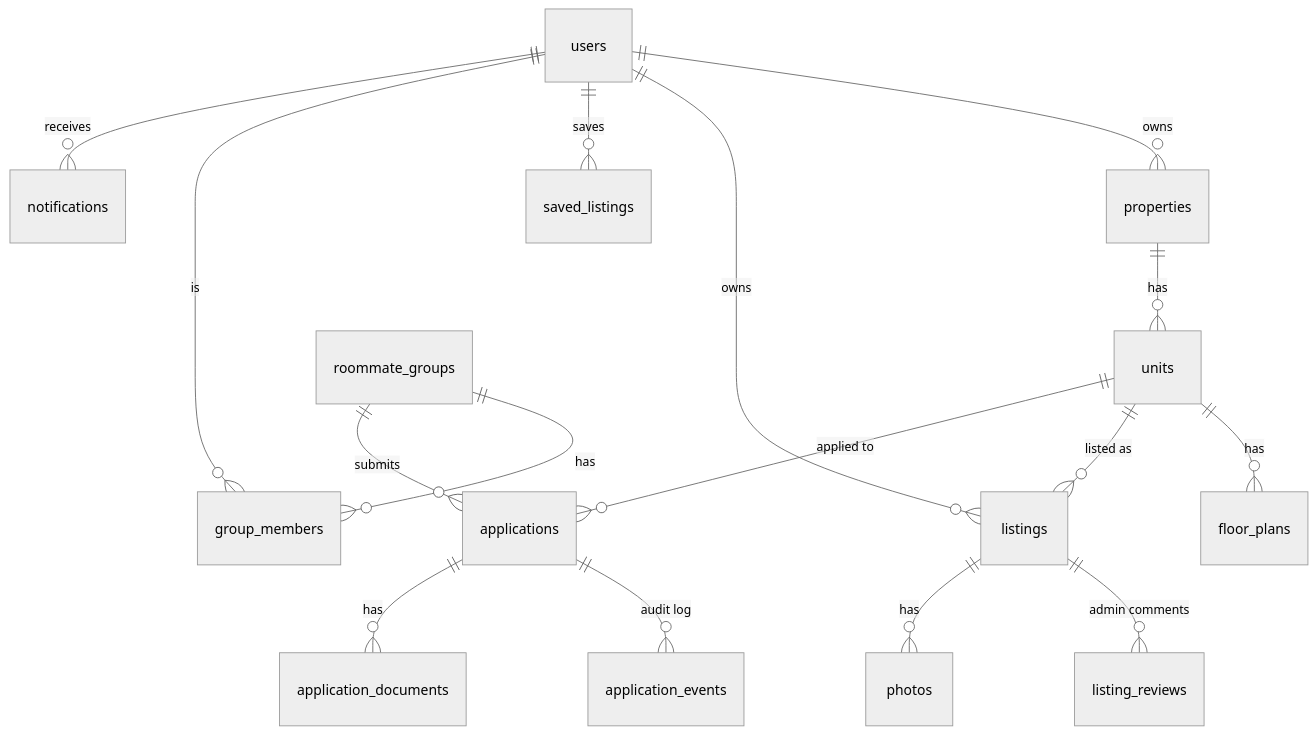
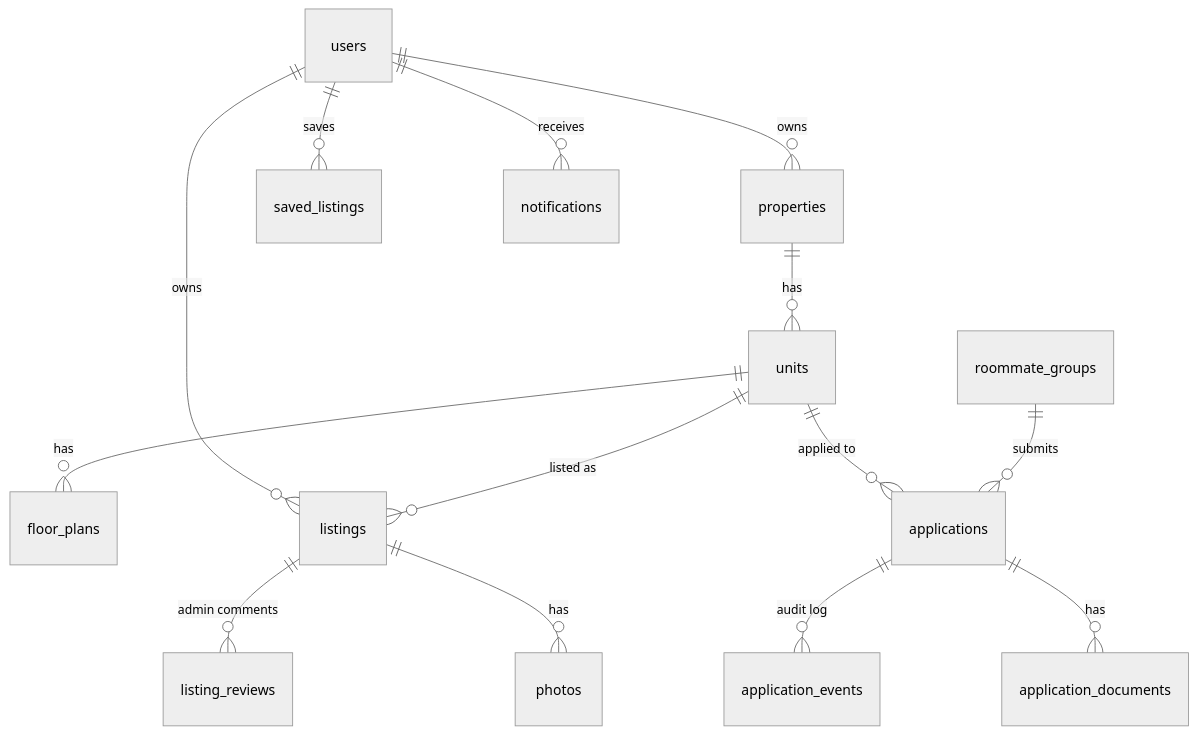
Before and after one commit to henryxoliveira/stable: the seventh of 7 diagrams in README.md, drawn with Mermaid (neutral theme). The commit also changed other lines of this file and 15 other files, not shown here.

Commit message:
Add roommate groups: email invites, ownership transfer, one group per term

````diff
--- a/README.md
+++ b/README.md
@@ -295,18 +369,16 @@
 ```mermaid
 erDiagram
     users ||--o{ properties : owns
     properties ||--o{ units : has
     units ||--o{ floor_plans : has
     units ||--o{ listings : "listed as"
     users ||--o{ listings : owns
     listings ||--o{ listing_reviews : "admin comments"
     listings ||--o{ photos : has
     users ||--o{ saved_listings : saves
-    roommate_groups ||--o{ group_members : has
-    users ||--o{ group_members : "is"
     roommate_groups ||--o{ applications : submits
     units ||--o{ applications : "applied to"
     applications ||--o{ application_events : "audit log"
     applications ||--o{ application_documents : has
     users ||--o{ notifications : receives
 ```
````
